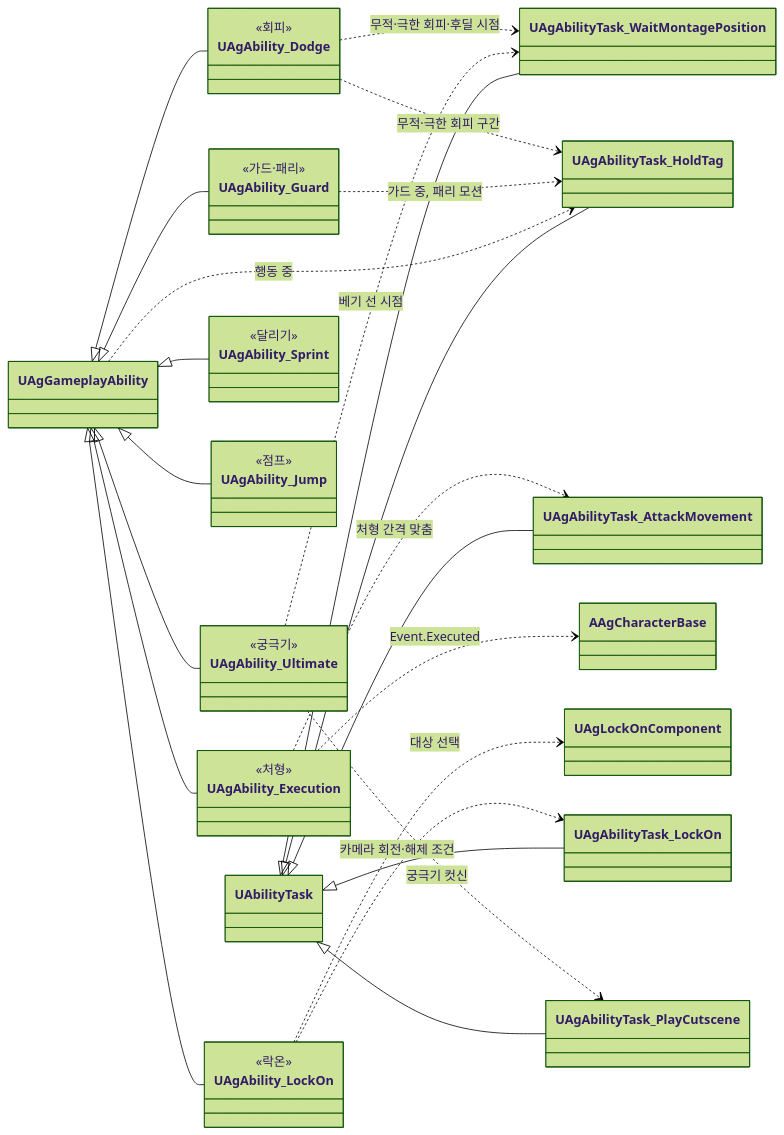
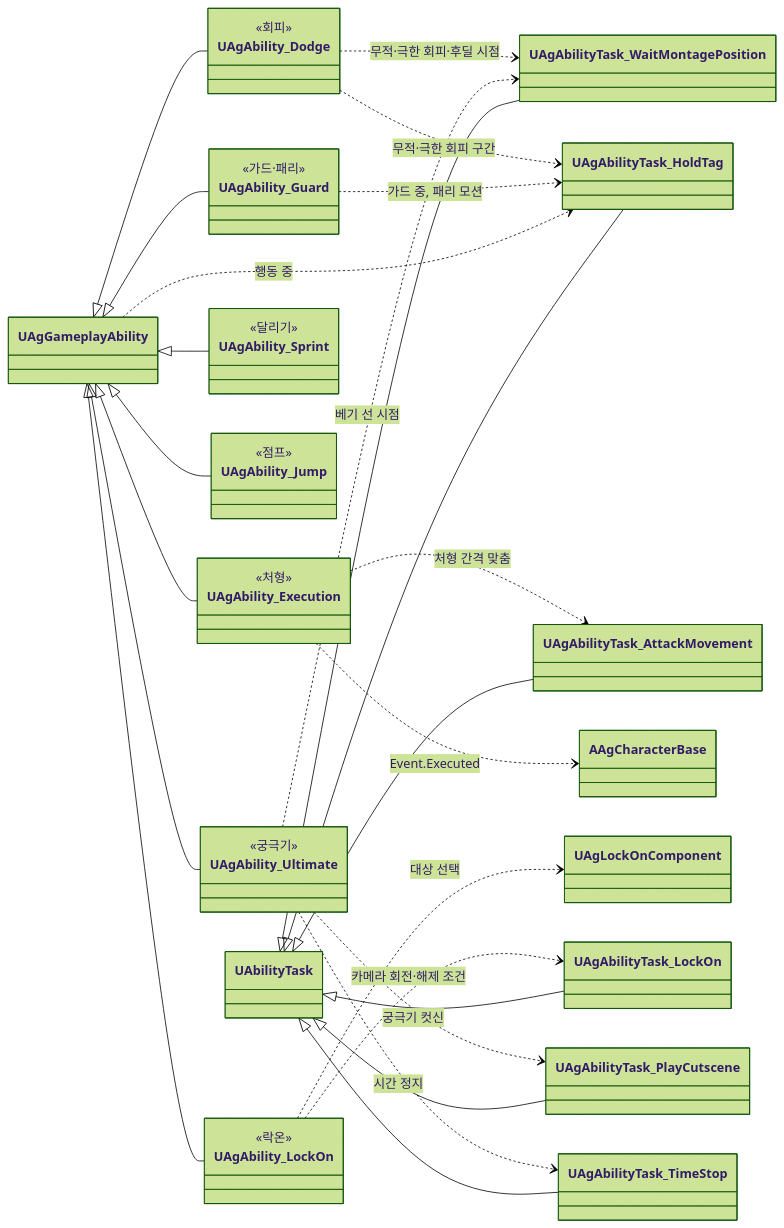
The sixth of 21 diagrams in Docs/Program/클래스 구조도.md (Woogl/Ag), drawn with Mermaid (forest theme) before and after one commit. The commit also changed other lines of this file and 11 other files, not shown here.

````diff
--- a/Docs/Program/클래스 구조도.md
+++ b/Docs/Program/클래스 구조도.md
@@ -224,48 +224,50 @@
 ```mermaid
 classDiagram
     direction LR
     class UAgAbility_Dodge {
         <<회피>>
     }
     class UAgAbility_Guard {
         <<가드·패리>>
     }
     class UAgAbility_Execution {
         <<처형>>
     }
     class UAgAbility_Sprint {
         <<달리기>>
     }
     class UAgAbility_Jump {
         <<점프>>
     }
     class UAgAbility_LockOn {
         <<락온>>
     }
     class UAgAbility_Ultimate {
         <<궁극기>>
     }
     UAgGameplayAbility <|-- UAgAbility_Dodge
     UAgGameplayAbility <|-- UAgAbility_Guard
     UAgGameplayAbility <|-- UAgAbility_Execution
     UAgGameplayAbility <|-- UAgAbility_Sprint
     UAgGameplayAbility <|-- UAgAbility_Jump
     UAgGameplayAbility <|-- UAgAbility_LockOn
     UAgGameplayAbility <|-- UAgAbility_Ultimate
 
     UAgAbility_Execution ..> UAgAbilityTask_AttackMovement : 처형 간격 맞춤
     UAgAbility_Dodge ..> UAgAbilityTask_WaitMontagePosition : 무적·극한 회피·후딜 시점
     UAgAbility_Dodge ..> UAgAbilityTask_HoldTag : 무적·극한 회피 구간
     UAgAbility_Guard ..> UAgAbilityTask_HoldTag : 가드 중, 패리 모션
     UAgGameplayAbility ..> UAgAbilityTask_HoldTag : 행동 중
     UAgAbility_Execution ..> AAgCharacterBase : Event.Executed
     UAgAbility_LockOn ..> UAgLockOnComponent : 대상 선택
     UAgAbility_LockOn ..> UAgAbilityTask_LockOn : 카메라 회전·해제 조건
     UAgAbility_Ultimate ..> UAgAbilityTask_PlayCutscene : 궁극기 컷신
     UAgAbility_Ultimate ..> UAgAbilityTask_WaitMontagePosition : 베기 선 시점
+    UAgAbility_Ultimate ..> UAgAbilityTask_TimeStop : 시간 정지
     UAbilityTask <|-- UAgAbilityTask_WaitMontagePosition
     UAbilityTask <|-- UAgAbilityTask_LockOn
     UAbilityTask <|-- UAgAbilityTask_PlayCutscene
+    UAbilityTask <|-- UAgAbilityTask_TimeStop
     UAbilityTask <|-- UAgAbilityTask_AttackMovement
     UAbilityTask <|-- UAgAbilityTask_HoldTag
 ```
````
